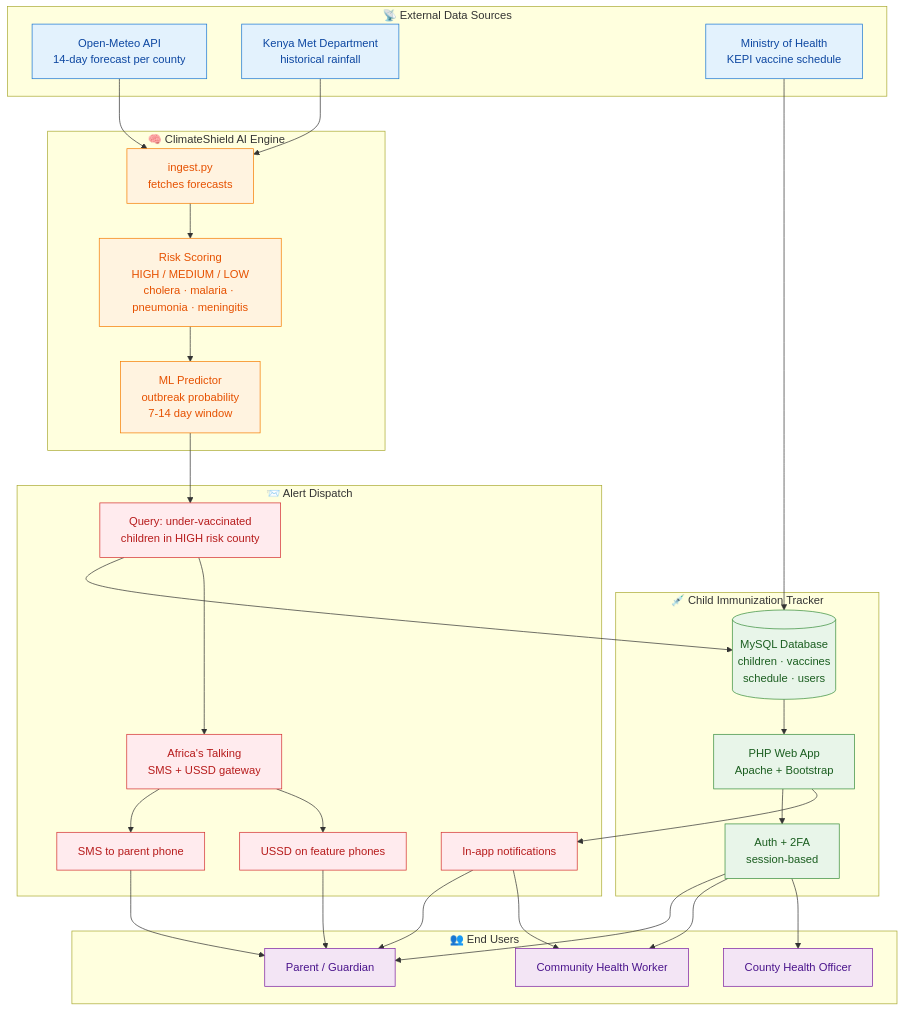
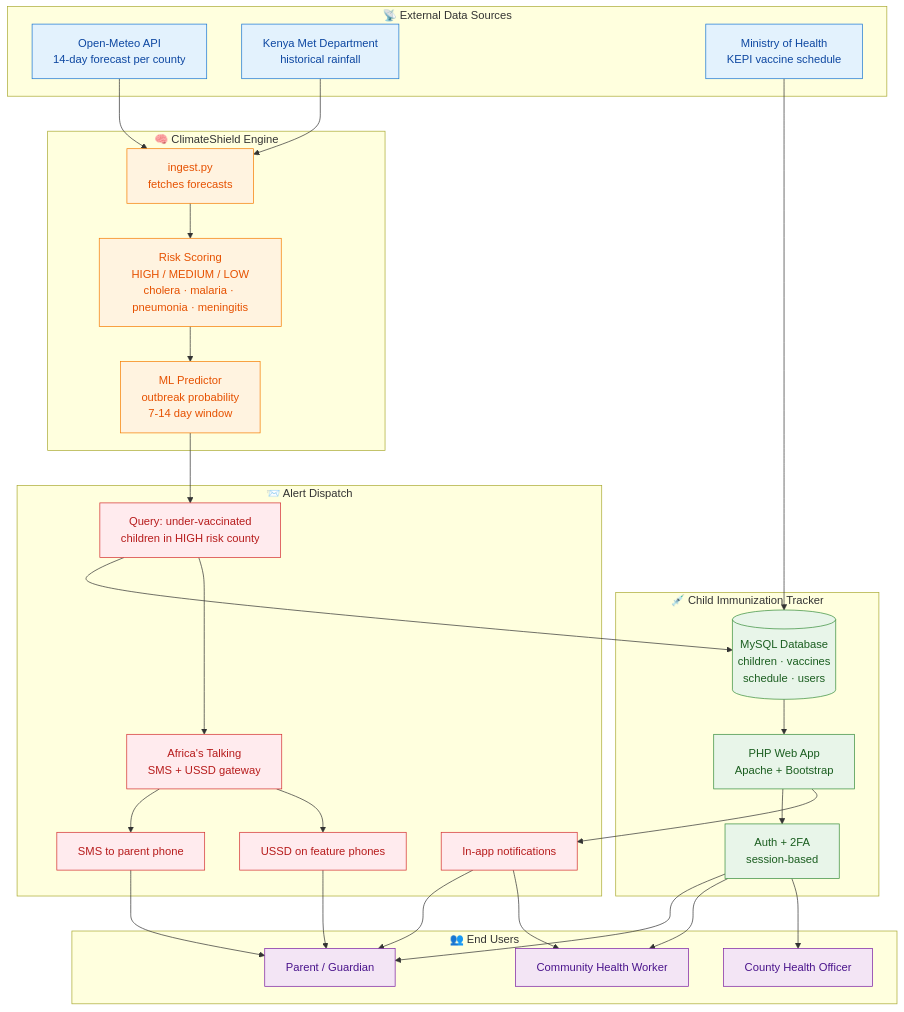
The diagram in docs/diagrams/system-architecture.md (jarida-io/climateshield-ai), drawn with Mermaid before and after one commit. The commit also changed other lines of this file and 16 other files, not shown here.

First line of the commit message:
feat(web): Comfortaa wordmark, ClimateShield logo, drop 'AI' from the name

````diff
--- a/docs/diagrams/system-architecture.md
+++ b/docs/diagrams/system-architecture.md
@@ -5,67 +5,67 @@
 ```mermaid
 flowchart TB
     subgraph DATA["📡 External Data Sources"]
         OM[Open-Meteo API<br/>14-day forecast per county]
         KMD[Kenya Met Department<br/>historical rainfall]
         MOH[Ministry of Health<br/>KEPI vaccine schedule]
     end
 
-    subgraph ENGINE["🧠 ClimateShield AI Engine"]
+    subgraph ENGINE["🧠 ClimateShield Engine"]
         ING[ingest.py<br/>fetches forecasts]
         SCORE[Risk Scoring<br/>HIGH / MEDIUM / LOW<br/>cholera · malaria · pneumonia · meningitis]
         ML[ML Predictor<br/>outbreak probability<br/>7-14 day window]
     end
 
     subgraph TRACKER["💉 Child Immunization Tracker"]
         DB[(MySQL Database<br/>children · vaccines<br/>schedule · users)]
         WEB[PHP Web App<br/>Apache + Bootstrap]
         AUTH[Auth + 2FA<br/>session-based]
     end
 
     subgraph ALERT["📨 Alert Dispatch"]
         QUERY[Query: under-vaccinated<br/>children in HIGH risk county]
         AT[Africa's Talking<br/>SMS + USSD gateway]
         SMS[SMS to parent phone]
         USSD[USSD on feature phones]
         INAPP[In-app notifications]
     end
 
     subgraph USERS["👥 End Users"]
         PARENT[Parent / Guardian]
         CHW[Community Health Worker]
         ADMIN[County Health Officer]
     end
 
     OM --> ING
     KMD --> ING
     MOH --> DB
     ING --> SCORE
     SCORE --> ML
     ML --> QUERY
     QUERY --> DB
     DB --> WEB
     WEB --> AUTH
     AUTH --> PARENT
     AUTH --> CHW
     AUTH --> ADMIN
     QUERY --> AT
     AT --> SMS
     AT --> USSD
     SMS --> PARENT
     USSD --> PARENT
     WEB --> INAPP
     INAPP --> PARENT
     INAPP --> CHW
 
     classDef external fill:#E3F2FD,stroke:#1976D2,color:#0D47A1
     classDef engine fill:#FFF3E0,stroke:#F57C00,color:#E65100
     classDef tracker fill:#E8F5E9,stroke:#388E3C,color:#1B5E20
     classDef alert fill:#FFEBEE,stroke:#D32F2F,color:#B71C1C
     classDef users fill:#F3E5F5,stroke:#7B1FA2,color:#4A148C
 
     class OM,KMD,MOH external
     class ING,SCORE,ML engine
     class DB,WEB,AUTH tracker
     class QUERY,AT,SMS,USSD,INAPP alert
     class PARENT,CHW,ADMIN users
 ```
````
